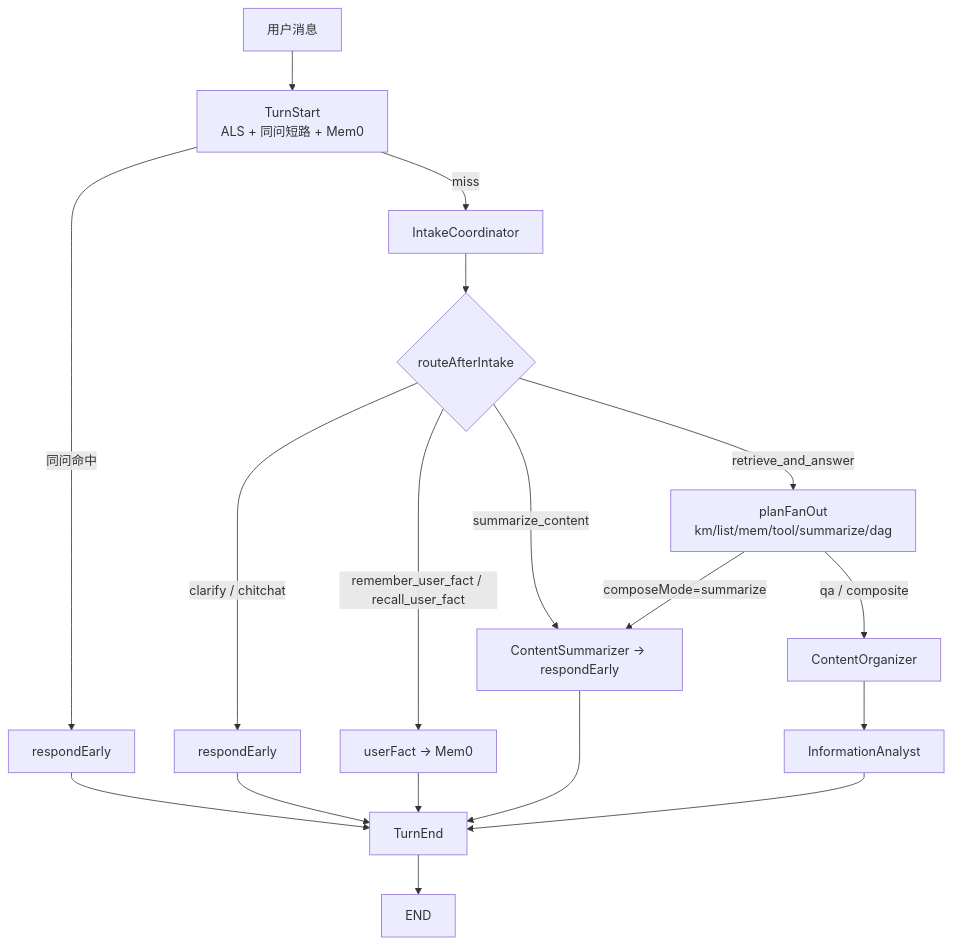
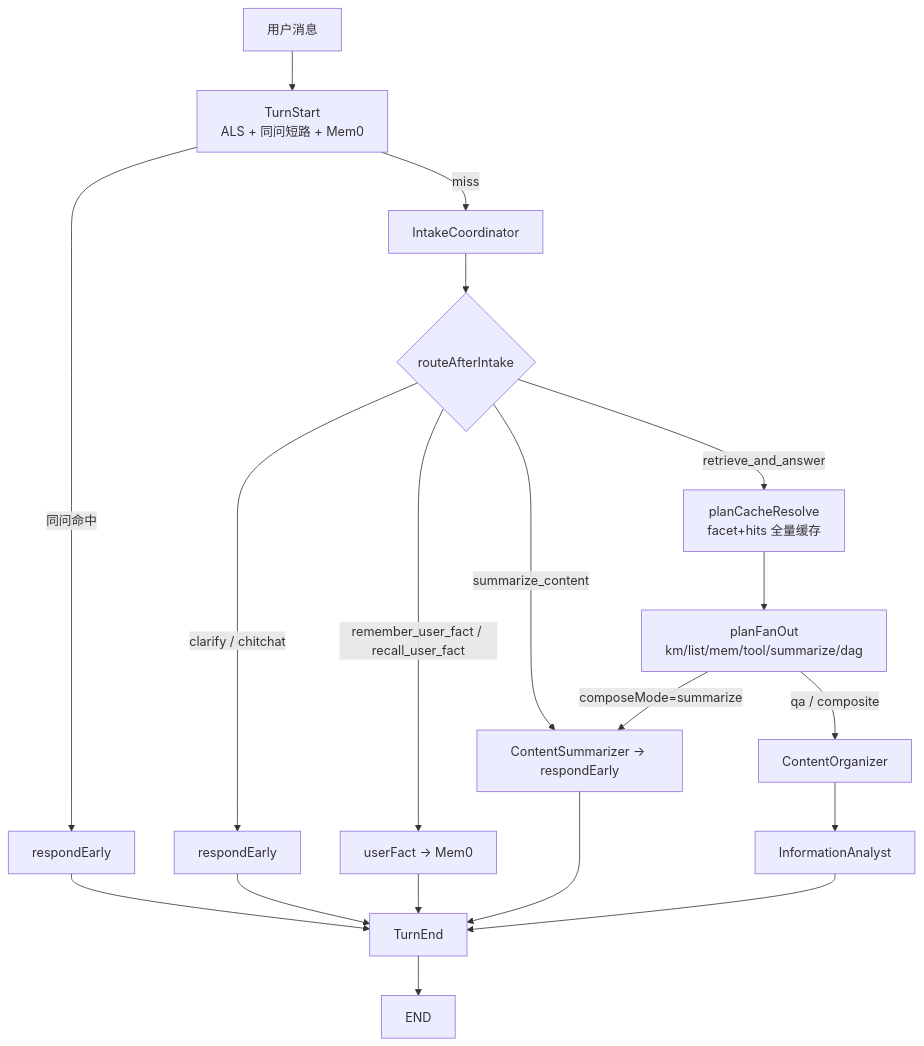
Before and after one commit to panzhanfei/agent: the second of 13 diagrams in docs/02-agent-flows.md, drawn with Mermaid. The commit also changed other lines of this file and 35 other files, not shown here.

````diff
--- a/docs/02-agent-flows.md
+++ b/docs/02-agent-flows.md
@@ -115,21 +116,22 @@
 ```mermaid
 flowchart TD
   A[用户消息] --> PT[TurnStart<br/>ALS + 同问短路 + Mem0]
   PT -->|同问命中| D0[respondEarly]
   PT -->|miss| B[IntakeCoordinator]
   B --> C{routeAfterIntake}
 
   C -->|clarify / chitchat| D[respondEarly]
   C -->|remember_user_fact / recall_user_fact| UF[userFact → Mem0]
   C -->|summarize_content| CS[ContentSummarizer → respondEarly]
-  C -->|retrieve_and_answer| PE[planFanOut<br/>km/list/mem/tool/summarize/dag]
+  C -->|retrieve_and_answer| PCR[planCacheResolve<br/>facet+hits 全量缓存]
+  PCR --> PE[planFanOut<br/>km/list/mem/tool/summarize/dag]
   PE -->|composeMode=summarize| CS
   PE -->|qa / composite| CO[ContentOrganizer]
   CO --> G[InformationAnalyst]
   G --> PST[TurnEnd]
   D --> PST
   UF --> PST
   D0 --> PST
   CS --> PST
   PST --> END_NODE[END]
 ```
````
